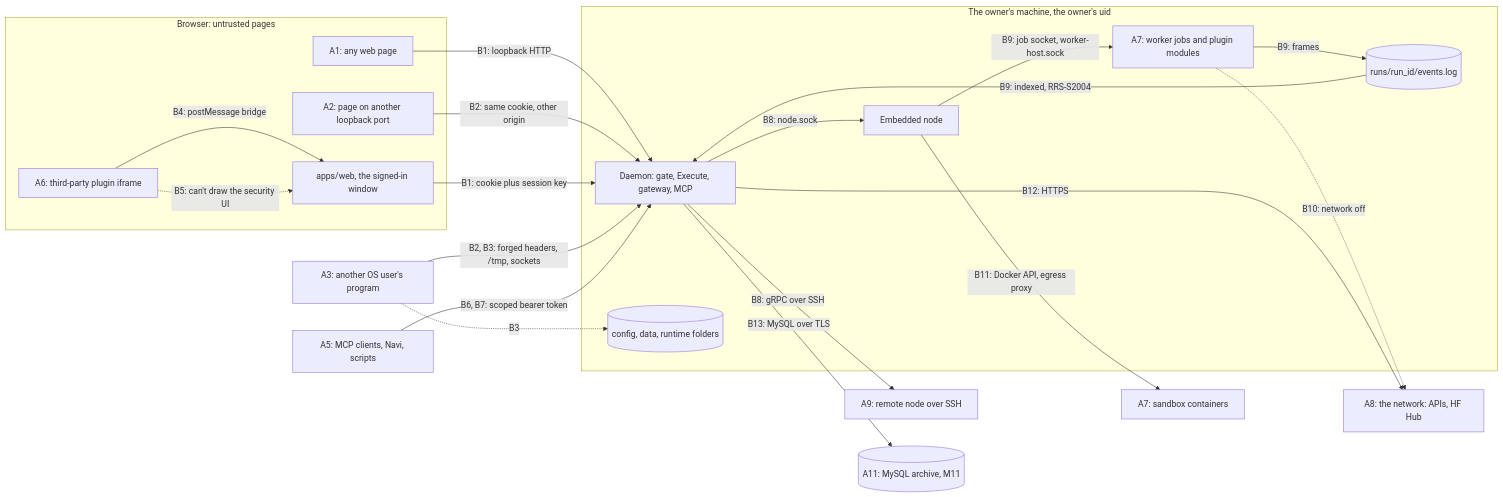
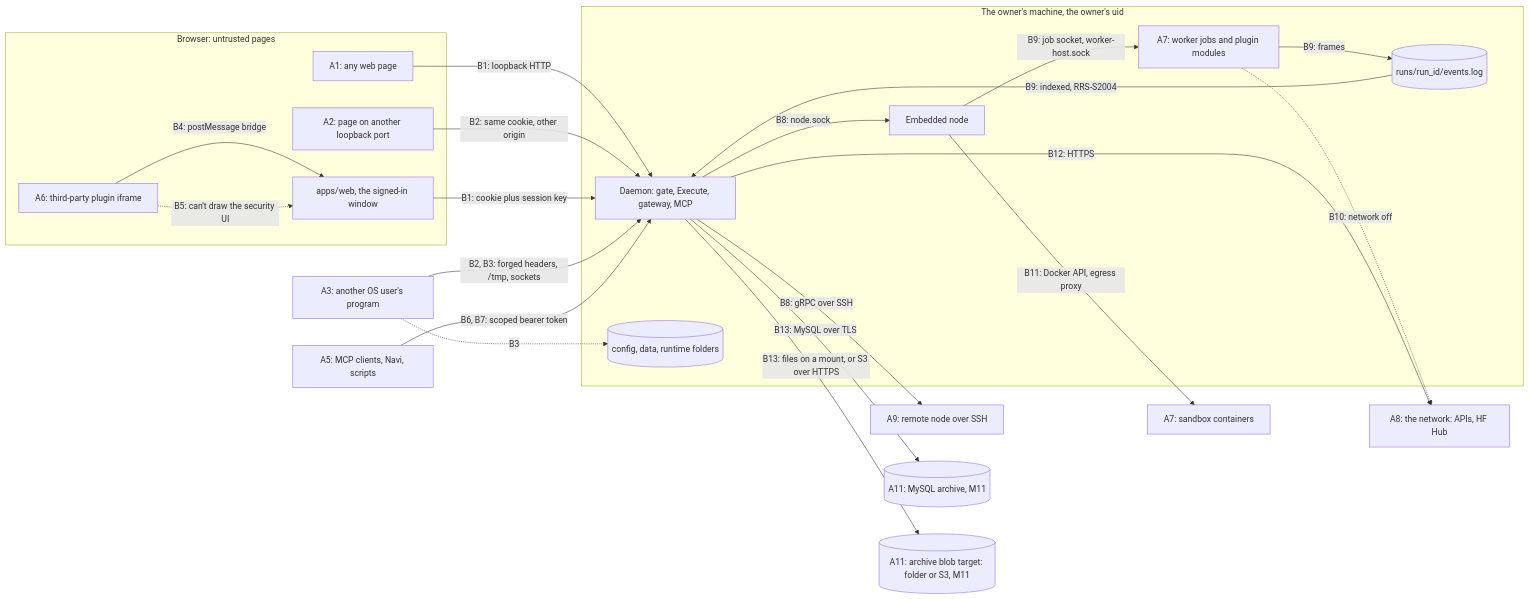
The diagram in docs/security/threat-model.md (Snubiss/RASTAI-Research-Studio), drawn with Mermaid before and after one commit. The commit also changed other lines of this file, not shown here.

First line of the commit message:
M1-56: Address review round 2 (archive blob target rows, attacker boundaries)

````diff
--- a/docs/security/threat-model.md
+++ b/docs/security/threat-model.md
@@ -79,39 +79,41 @@
 ```mermaid
 flowchart LR
   subgraph WEB["Browser: untrusted pages"]
     EVIL["A1: any web page"]
     OTHER["A2: page on another loopback port"]
     APP["apps/web, the signed-in window"]
     IFR["A6: third-party plugin iframe"]
   end
   subgraph HOST["The owner's machine, the owner's uid"]
     D["Daemon: gate, Execute, gateway, MCP"]
     EN["Embedded node"]
     W["A7: worker jobs and plugin modules"]
     LOG[("runs/run_id/events.log")]
     FILES[("config, data, runtime folders")]
   end
   OU["A3: another OS user's program"]
   EXT["A5: MCP clients, Navi, scripts"]
   SB["A7: sandbox containers"]
   RN["A9: remote node over SSH"]
   ARC[("A11: MySQL archive, M11")]
+  OBJ[("A11: archive blob target: folder or S3, M11")]
   NET["A8: the network: APIs, HF Hub"]
   EVIL -->|"B1: loopback HTTP"| D
   OTHER -->|"B2: same cookie, other origin"| D
   APP -->|"B1: cookie plus session key"| D
   IFR -->|"B4: postMessage bridge"| APP
   IFR -.->|"B5: can't draw the security UI"| APP
   OU -->|"B2, B3: forged headers, /tmp, sockets"| D
   OU -.->|"B3"| FILES
   EXT -->|"B6, B7: scoped bearer token"| D
   D -->|"B8: node.sock"| EN
   D -->|"B8: gRPC over SSH"| RN
   EN -->|"B9: job socket, worker-host.sock"| W
   W -->|"B9: frames"| LOG
   LOG -->|"B9: indexed, RRS-S2004"| D
   W -.->|"B10: network off"| NET
   EN -->|"B11: Docker API, egress proxy"| SB
   D -->|"B12: HTTPS"| NET
   D -->|"B13: MySQL over TLS"| ARC
+  D -->|"B13: files on a mount, or S3 over HTTPS"| OBJ
 ```
````
